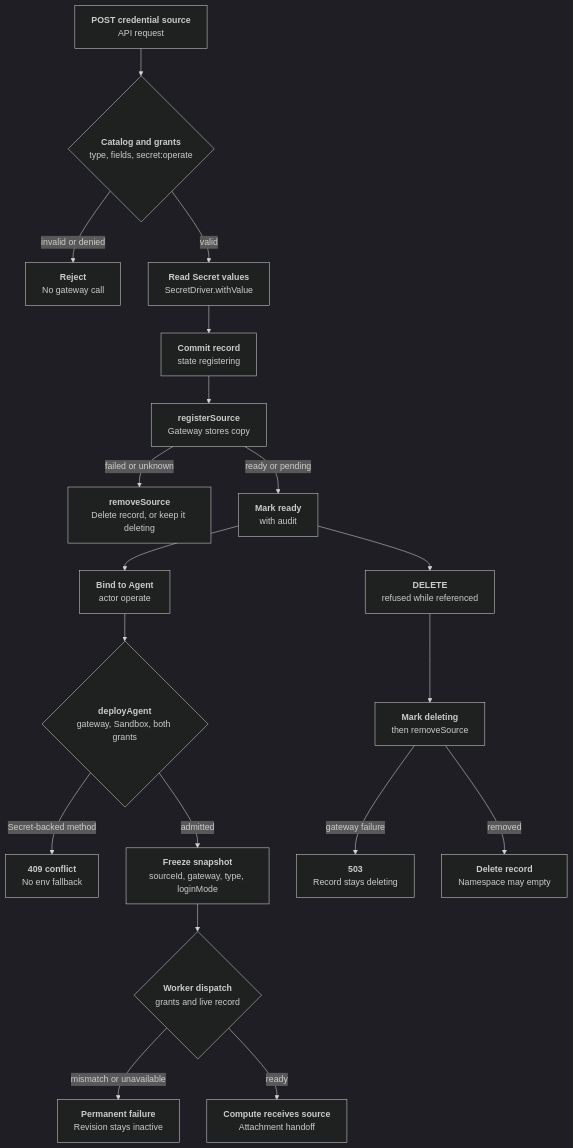
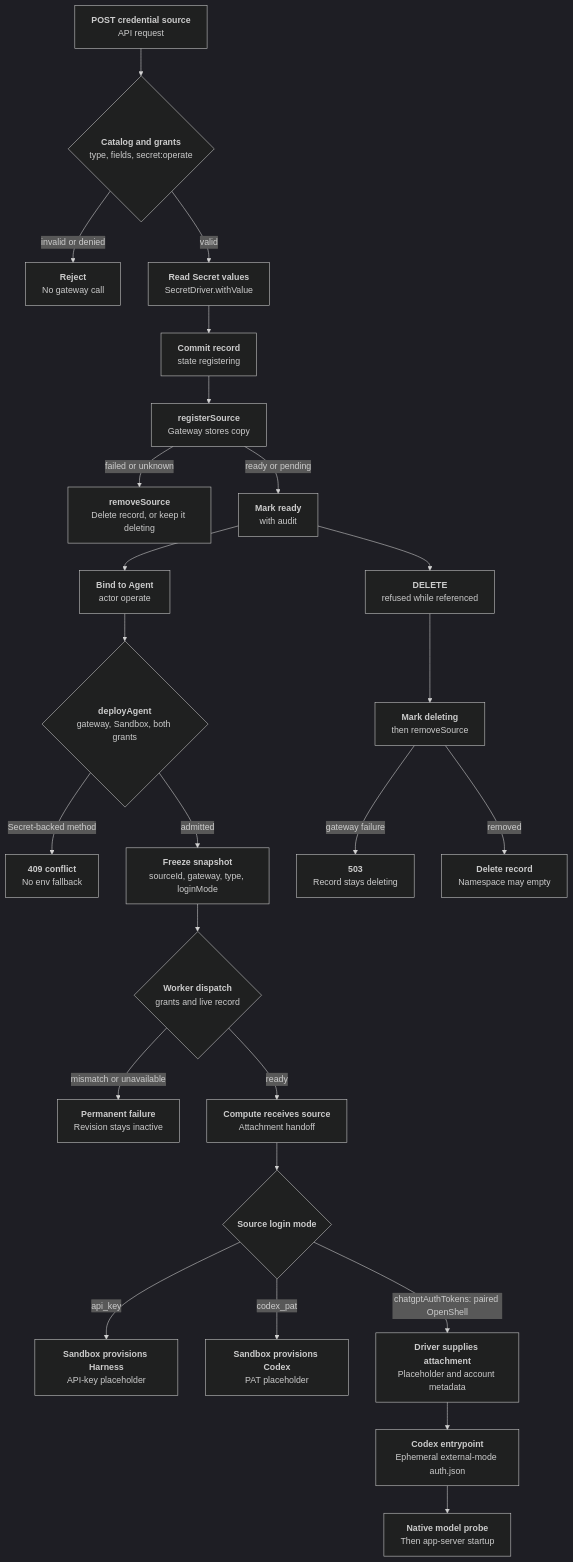
The diagram in docs/flows/credential-source-lifecycle.md (PalmPalm7/openclaw-enterprise), drawn with Mermaid (dark theme) before and after one commit. The commit also changed other lines of this file and 133 other files, not shown here.

First line of the commit message:
Enable Codex OAuth with OpenShell-owned credentials (#1559)

````diff
--- a/docs/flows/credential-source-lifecycle.md
+++ b/docs/flows/credential-source-lifecycle.md
@@ -29,21 +29,27 @@
 ```mermaid
 graph TD
   A["<b>POST credential source</b><br/>API request"] --> B{"<b>Catalog and grants</b><br/>type, fields, secret:operate"}
   B -- "invalid or denied" --> X["<b>Reject</b><br/>No gateway call"]
   B -- "valid" --> C["<b>Read Secret values</b><br/>SecretDriver.withValue"]
   C --> R["<b>Commit record</b><br/>state registering"]
   R --> D["<b>registerSource</b><br/>Gateway stores copy"]
   D -- "failed or unknown" --> Y["<b>removeSource</b><br/>Delete record, or keep it deleting"]
   D -- "ready or pending" --> E["<b>Mark ready</b><br/>with audit"]
   E --> F["<b>Bind to Agent</b><br/>actor operate"]
   F --> G{"<b>deployAgent</b><br/>gateway, Sandbox, both grants"}
   G -- "Secret-backed method" --> Z["<b>409 conflict</b><br/>No env fallback"]
   G -- "admitted" --> H["<b>Freeze snapshot</b><br/>sourceId, gateway, type, loginMode"]
   H --> I{"<b>Worker dispatch</b><br/>grants and live record"}
   I -- "mismatch or unavailable" --> W["<b>Permanent failure</b><br/>Revision stays inactive"]
   I -- "ready" --> J["<b>Compute receives source</b><br/>Attachment handoff"]
+  J --> P{"<b>Source login mode</b>"}
+  P -- "api_key" --> Q["<b>Sandbox provisions Harness</b><br/>API-key placeholder"]
+  P -- "codex_pat" --> Q1["<b>Sandbox provisions Codex</b><br/>PAT placeholder"]
+  P -- "chatgptAuthTokens: paired OpenShell" --> T["<b>Driver supplies attachment</b><br/>Placeholder and account metadata"]
+  T --> U["<b>Codex entrypoint</b><br/>Ephemeral external-mode auth.json"]
+  U --> V["<b>Native model probe</b><br/>Then app-server startup"]
   E --> K["<b>DELETE</b><br/>refused while referenced"]
   K --> L["<b>Mark deleting</b><br/>then removeSource"]
   L -- "gateway failure" --> M["<b>503</b><br/>Record stays deleting"]
   L -- "removed" --> N["<b>Delete record</b><br/>Namespace may empty"]
 ```
````
